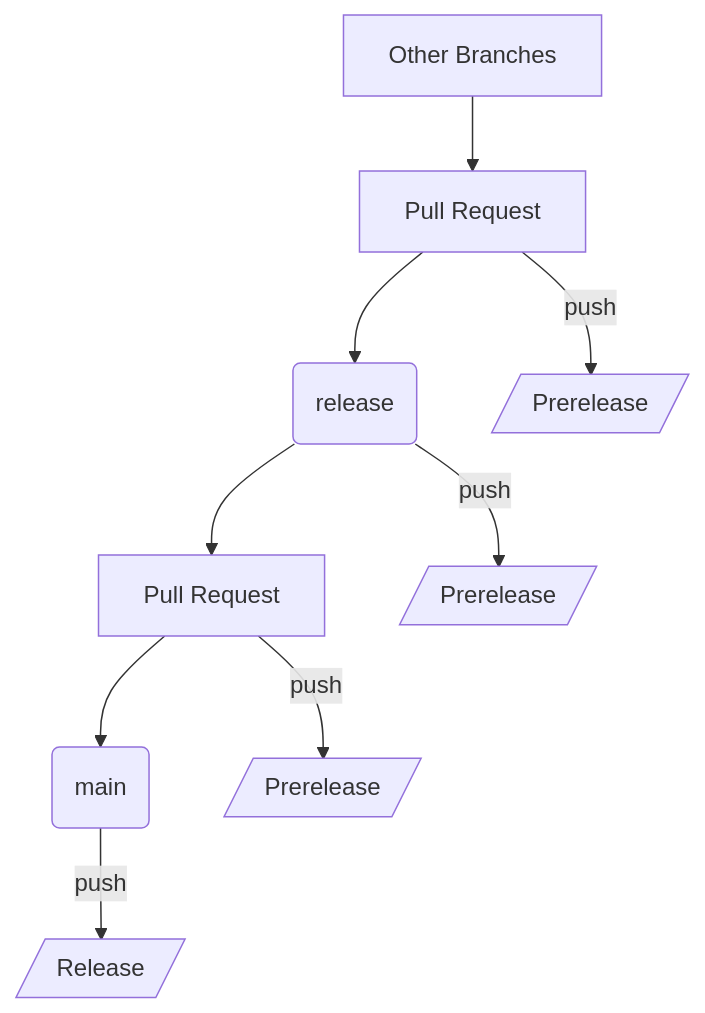
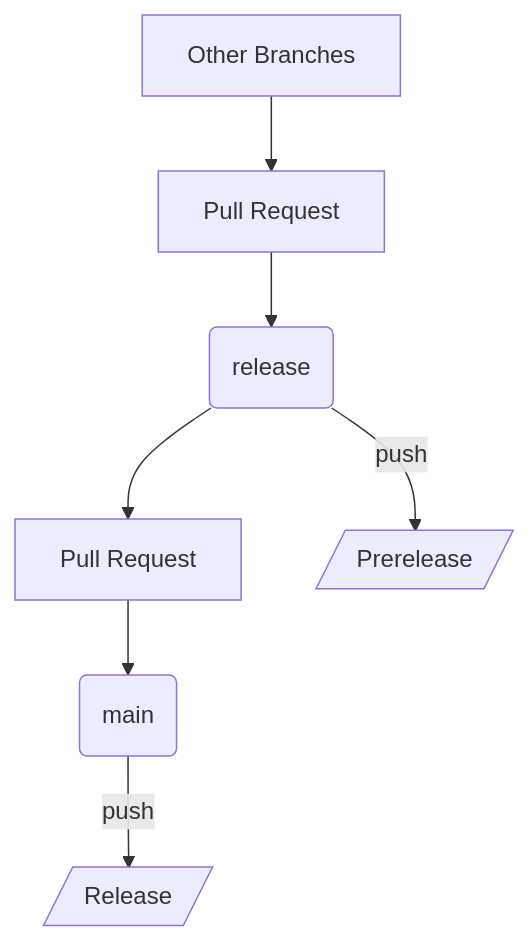
One commit to SiegeSailor/Smarty-Notebook changed the diagram in .github/CONTRIBUTING.md. Above: the diagram before and after it, drawn with Mermaid. The commit also changed other lines of this file, not shown here.

````diff
--- a/.github/CONTRIBUTING.md
+++ b/.github/CONTRIBUTING.md
@@ -19,12 +19,10 @@
 ```mermaid
 flowchart TB
     OB[Other Branches] --> PR1[Pull Request]
     PR1 --> R(release)
     R --> PR2[Pull Request]
     PR2 --> M(main)
 
-    R -->|push| Prerelease1[/Prerelease/]
-    PR1 -->|push| Prerelease2[/Prerelease/]
-    PR2 -->|push| Prerelease3[/Prerelease/]
+    R -->|push| Prerelease[/Prerelease/]
     M -->|push| Release[/Release/]
 ```
````
